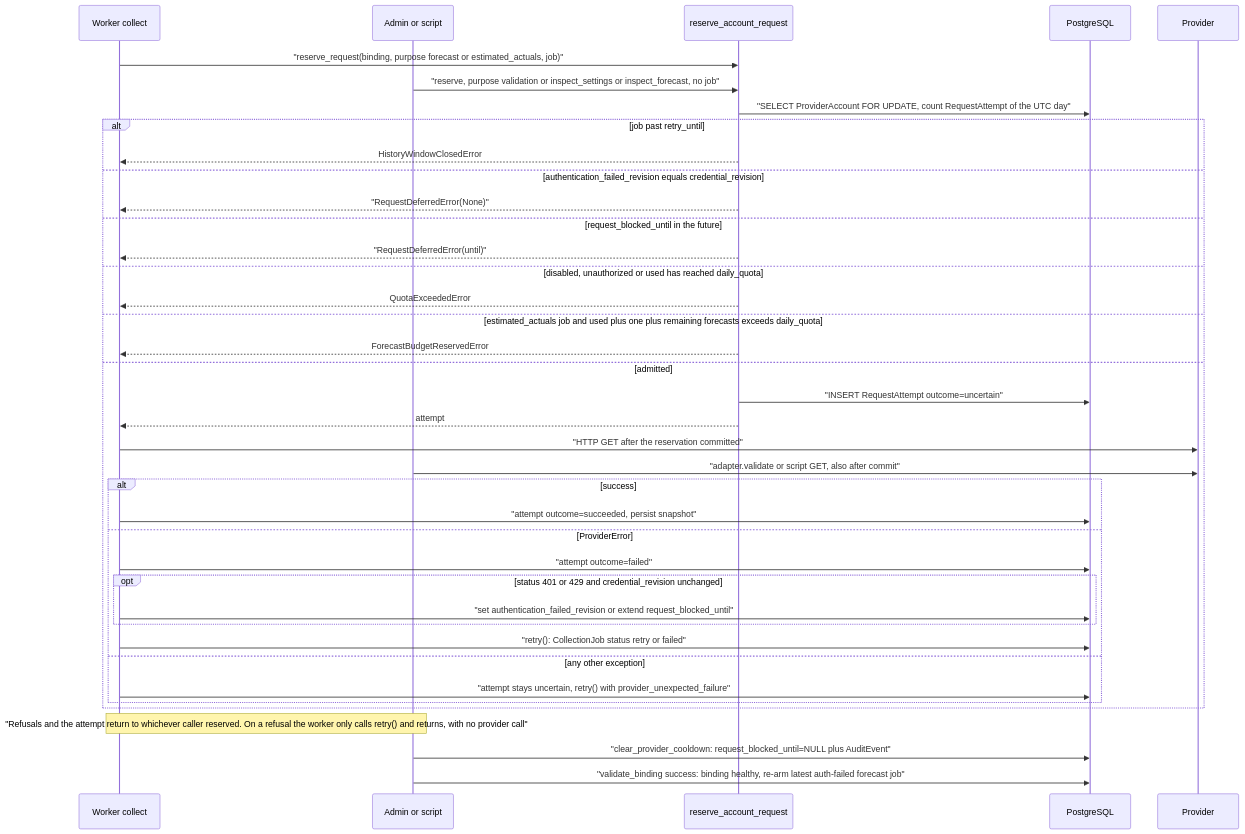
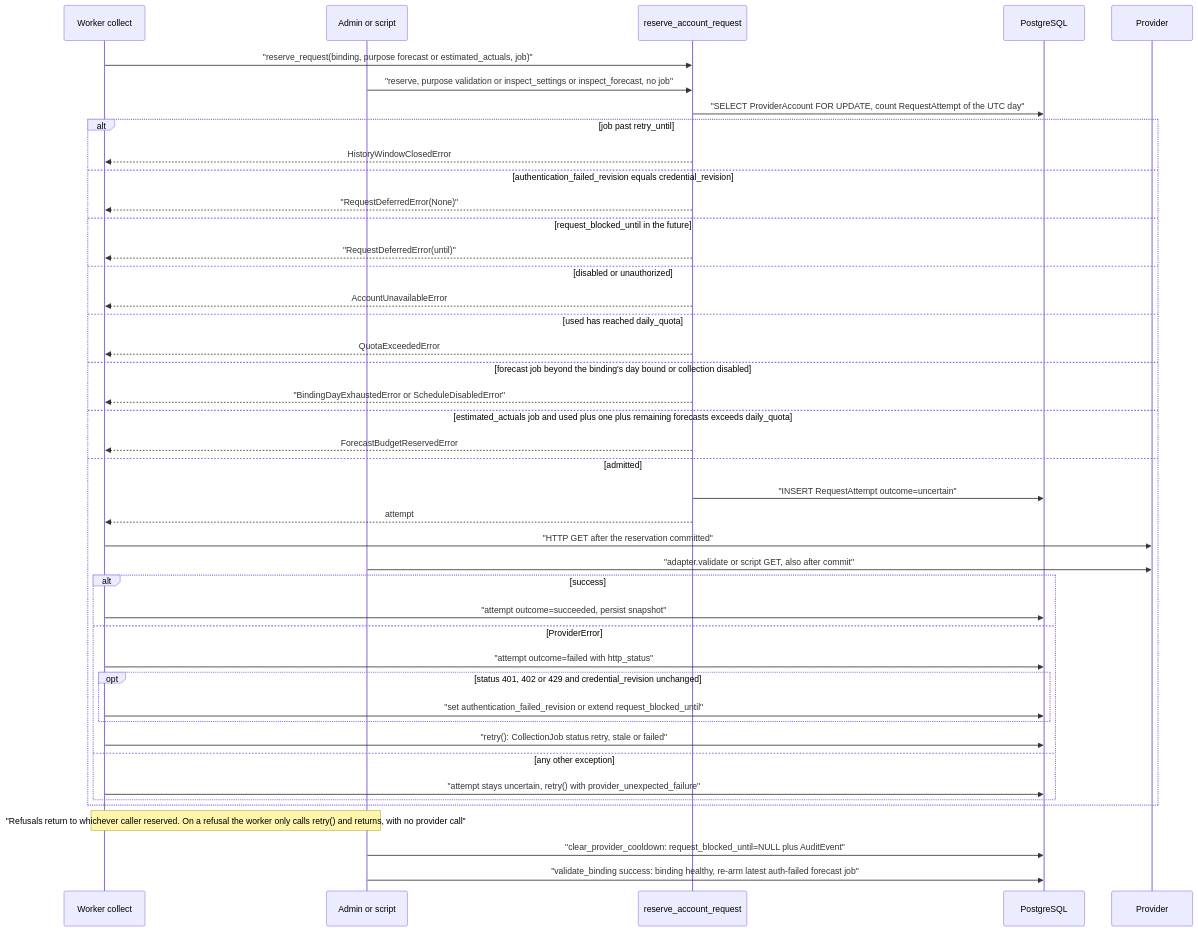
One commit to erkurtharun/pyracast changed the diagram in docs/flows/provider-quota-and-backoff.md. Above: the diagram before and after it, drawn with Mermaid. The commit also changed other lines of this file and 6 other files, not shown here.

First line of the commit message:
Bring the forecast collection flow pages in line with the code and add provider snapshot restore

````diff
--- a/docs/flows/provider-quota-and-backoff.md
+++ b/docs/flows/provider-quota-and-backoff.md
@@ -18,41 +17,45 @@
 ```mermaid
 sequenceDiagram
     participant W as Worker collect
     participant A as Admin or script
     participant R as reserve_account_request
     participant DB as PostgreSQL
     participant S as Provider
     W->>R: "reserve_request(binding, purpose forecast or estimated_actuals, job)"
     A->>R: "reserve, purpose validation or inspect_settings or inspect_forecast, no job"
     R->>DB: "SELECT ProviderAccount FOR UPDATE, count RequestAttempt of the UTC day"
     alt job past retry_until
         R-->>W: HistoryWindowClosedError
     else authentication_failed_revision equals credential_revision
         R-->>W: "RequestDeferredError(None)"
     else request_blocked_until in the future
         R-->>W: "RequestDeferredError(until)"
-    else disabled, unauthorized or used has reached daily_quota
+    else disabled or unauthorized
+        R-->>W: AccountUnavailableError
+    else used has reached daily_quota
         R-->>W: QuotaExceededError
+    else forecast job beyond the binding's day bound or collection disabled
+        R-->>W: "BindingDayExhaustedError or ScheduleDisabledError"
     else estimated_actuals job and used plus one plus remaining forecasts exceeds daily_quota
         R-->>W: ForecastBudgetReservedError
     else admitted
         R->>DB: "INSERT RequestAttempt outcome=uncertain"
         R-->>W: attempt
         W->>S: "HTTP GET after the reservation committed"
         A->>S: "adapter.validate or script GET, also after commit"
         alt success
             W->>DB: "attempt outcome=succeeded, persist snapshot"
         else ProviderError
-            W->>DB: "attempt outcome=failed"
-            opt status 401 or 429 and credential_revision unchanged
+            W->>DB: "attempt outcome=failed with http_status"
+            opt status 401, 402 or 429 and credential_revision unchanged
                 W->>DB: "set authentication_failed_revision or extend request_blocked_until"
             end
-            W->>DB: "retry(): CollectionJob status retry or failed"
+            W->>DB: "retry(): CollectionJob status retry, stale or failed"
         else any other exception
             W->>DB: "attempt stays uncertain, retry() with provider_unexpected_failure"
         end
     end
-    Note over W,A: "Refusals and the attempt return to whichever caller reserved. On a refusal the worker only calls retry() and returns, with no provider call"
+    Note over W,A: "Refusals return to whichever caller reserved. On a refusal the worker only calls retry() and returns, with no provider call"
     A->>DB: "clear_provider_cooldown: request_blocked_until=NULL plus AuditEvent"
     A->>DB: "validate_binding success: binding healthy, re-arm latest auth-failed forecast job"
 ```
````
